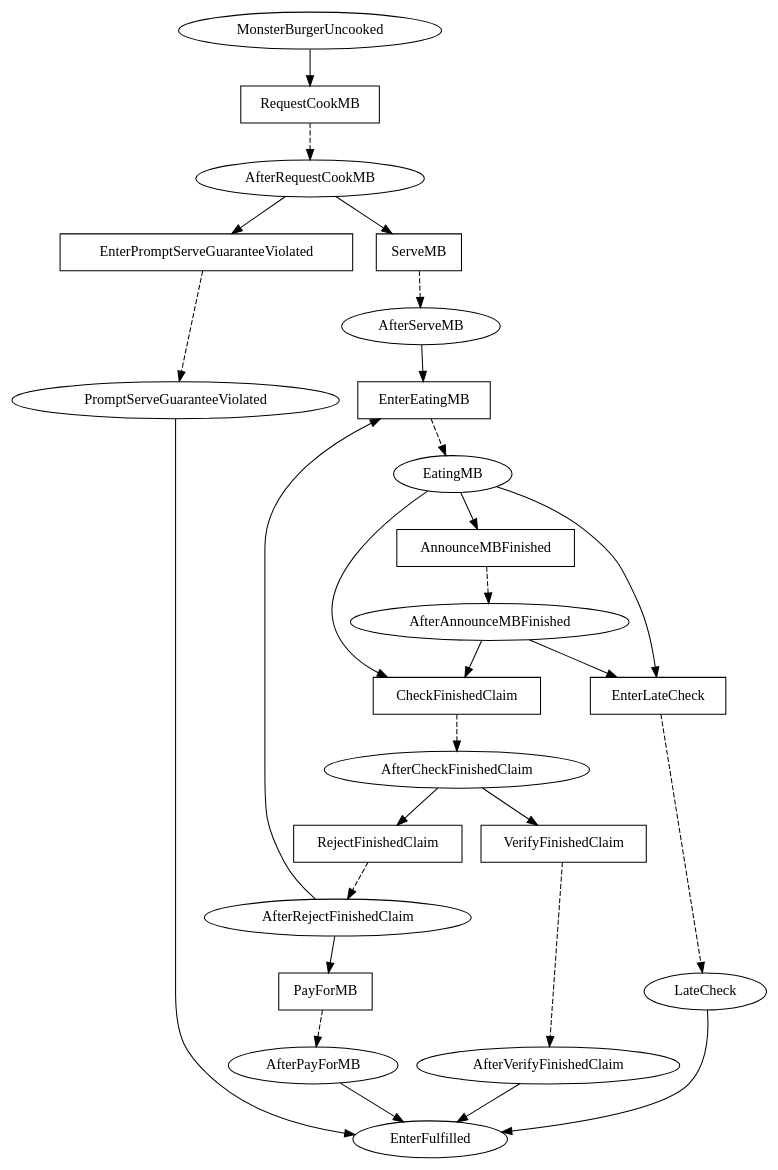
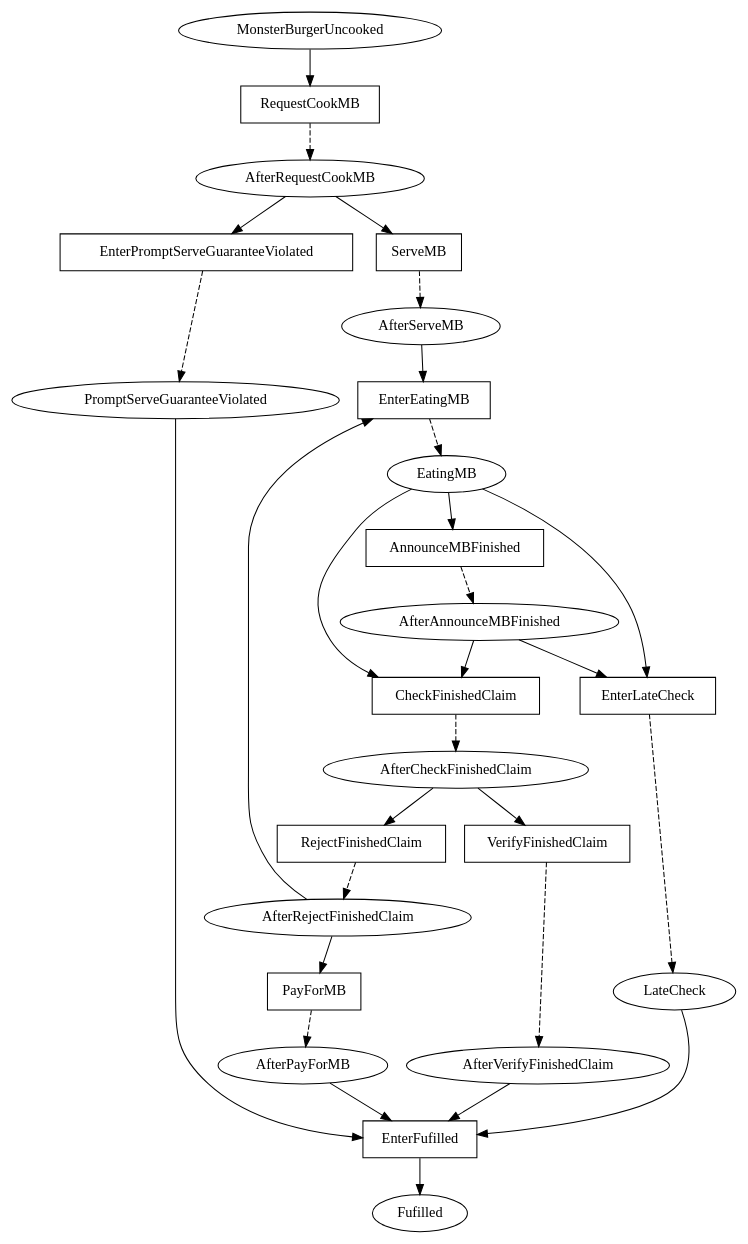
One commit to Marcao02/complaw-deeptech changed the diagram in linear_state_machine_language/pyL4/examples_graphviz_gen/monster_burger.dot. Above: the diagram before and after it, drawn with Graphviz. The commit also changed 23 other files, not shown here.

```diff
--- a/linear_state_machine_language/pyL4/examples_graphviz_gen/monster_burger.dot
+++ b/linear_state_machine_language/pyL4/examples_graphviz_gen/monster_burger.dot
@@ -1,56 +1,60 @@
 // THIS IS A GENERATED FILE. DO NOT EDIT.
 
 digraph Monster_Burger {    
+    Fulfilled[label=Fufilled];
     MonsterBurgerUncooked[label=MonsterBurgerUncooked];
 	AfterRequestCookMB[label=AfterRequestCookMB];
 	AfterServeMB[label=AfterServeMB];
 	PromptServeGuaranteeViolated[label=PromptServeGuaranteeViolated];
 	EatingMB[label=EatingMB];
 	AfterAnnounceMBFinished[label=AfterAnnounceMBFinished];
 	LateCheck[label=LateCheck];
 	AfterCheckFinishedClaim[label=AfterCheckFinishedClaim];
 	AfterRejectFinishedClaim[label=AfterRejectFinishedClaim];
 	AfterPayForMB[label=AfterPayForMB];
 	AfterVerifyFinishedClaim[label=AfterVerifyFinishedClaim]
     
+    EnterFulfilled[label=EnterFufilled,shape=box];
     RequestCookMB[label=RequestCookMB,shape=box];
 	ServeMB[label=ServeMB,shape=box];
 	EnterPromptServeGuaranteeViolated[label=EnterPromptServeGuaranteeViolated,shape=box];
 	EnterEatingMB[label=EnterEatingMB,shape=box];
 	AnnounceMBFinished[label=AnnounceMBFinished,shape=box];
 	EnterLateCheck[label=EnterLateCheck,shape=box];
 	CheckFinishedClaim[label=CheckFinishedClaim,shape=box];
 	RejectFinishedClaim[label=RejectFinishedClaim,shape=box];
 	PayForMB[label=PayForMB,shape=box];
 	VerifyFinishedClaim[label=VerifyFinishedClaim,shape=box]    
+    
+    EnterFulfilled -> Fulfilled;
     
     MonsterBurgerUncooked -> RequestCookMB;
 	AfterRequestCookMB -> ServeMB;
 	AfterRequestCookMB -> EnterPromptServeGuaranteeViolated;
 	AfterServeMB -> EnterEatingMB;
 	PromptServeGuaranteeViolated -> EnterFulfilled;
 	EatingMB -> AnnounceMBFinished;
 	EatingMB -> CheckFinishedClaim;
 	EatingMB -> EnterLateCheck;
 	AfterAnnounceMBFinished -> CheckFinishedClaim;
 	AfterAnnounceMBFinished -> EnterLateCheck;
 	LateCheck -> EnterFulfilled;
 	AfterCheckFinishedClaim -> VerifyFinishedClaim;
 	AfterCheckFinishedClaim -> RejectFinishedClaim;
 	AfterRejectFinishedClaim -> EnterEatingMB;
 	AfterRejectFinishedClaim -> PayForMB;
 	AfterPayForMB -> EnterFulfilled;
 	AfterVerifyFinishedClaim -> EnterFulfilled
     
     RequestCookMB -> AfterRequestCookMB [style=dashed];
 	ServeMB -> AfterServeMB [style=dashed];
 	EnterPromptServeGuaranteeViolated -> PromptServeGuaranteeViolated [style=dashed];
 	EnterEatingMB -> EatingMB [style=dashed];
 	AnnounceMBFinished -> AfterAnnounceMBFinished [style=dashed];
 	EnterLateCheck -> LateCheck [style=dashed];
 	CheckFinishedClaim -> AfterCheckFinishedClaim [style=dashed];
 	RejectFinishedClaim -> AfterRejectFinishedClaim [style=dashed];
 	PayForMB -> AfterPayForMB [style=dashed];
 	VerifyFinishedClaim -> AfterVerifyFinishedClaim [style=dashed];
 	        
 }
```
